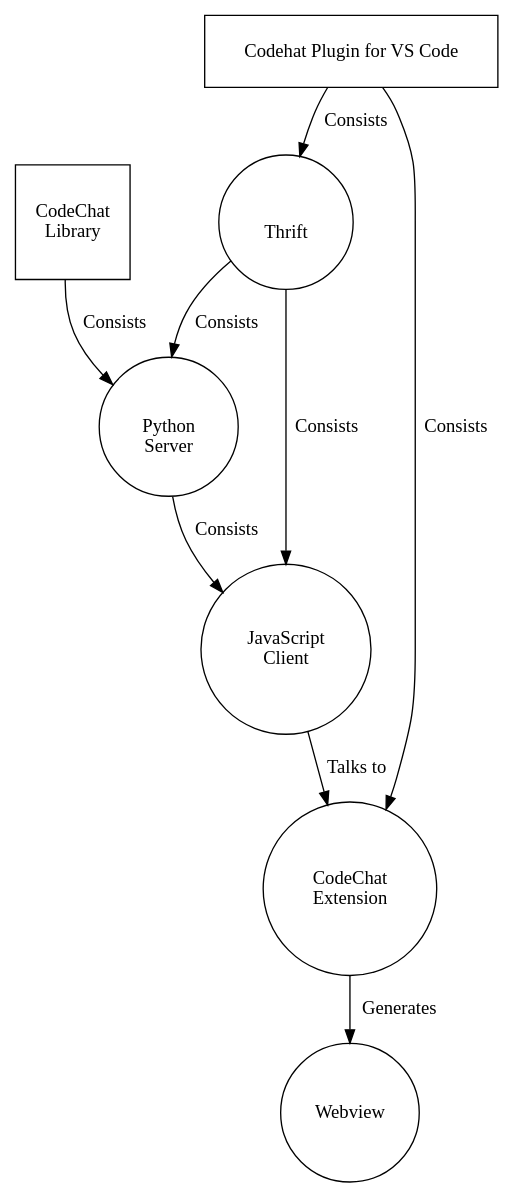
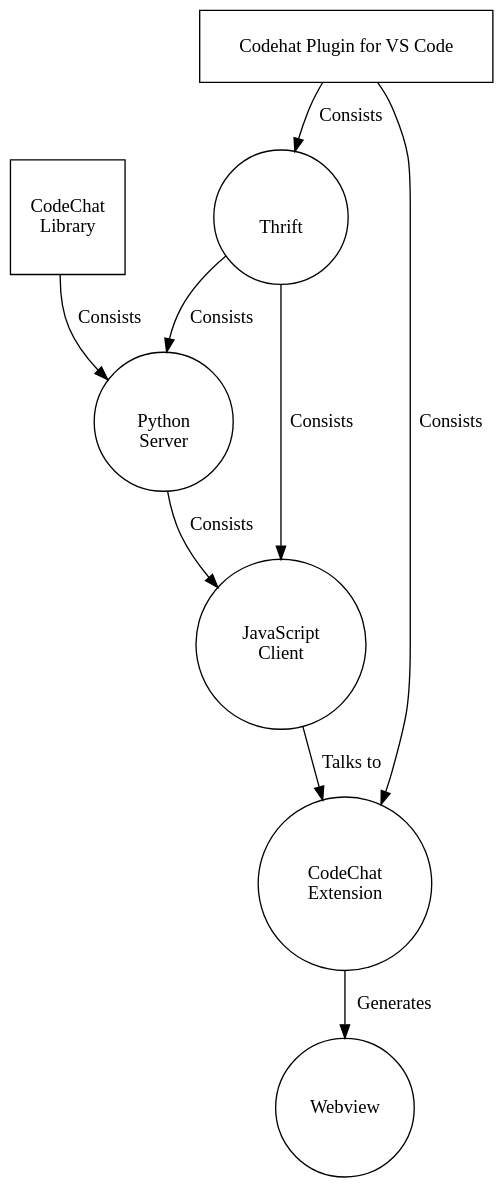
The diagram in index.rst (mrsuman2002/A_modular_Plugin-CodeChat), drawn with Graphviz before and after one commit. The commit also changed 4 other files, not shown here.

```diff
--- a/index.rst
+++ b/index.rst
@@ -3,24 +3,26 @@
 .. digraph:: mydiagram
+
+    bgcolor="transparent"
 
     CodeChat_plugin [label="\nCodehat Plugin for VS Code \n \n",shape=rectangle]
 
     Thrift [label="\n\nThrift\n\n", shape=circle]
     CodeChat_plugin -> Thrift [ label="Consists"];
 
     CodeChat_Extention [label="CodeChat\n Extension", shape=circle]
     CodeChat_plugin -> CodeChat_Extention [label="Consists"];
 
     PythonServer [label ="\n Python\n Server \n", shape=circle]
     Thrift  -> PythonServer  [label="Consists"];
 
     JavaScriptClient [label ="JavaScript\nClient", shape=circle]
     PythonServer   -> JavaScriptClient [label="Consists"];
 
     Thrift -> JavaScriptClient [label="Consists"];
     JavaScriptClient -> CodeChat_Extention [label="Talks to"];
 
     CodeChatLibrary [label= "CodeChat\nLibrary", shape=square]
     CodeChatLibrary -> PythonServer  [label="Consists"];
 
     Webview [label="Webview", shape=circle]
     CodeChat_Extention -> Webview [label="Generates"];
```
